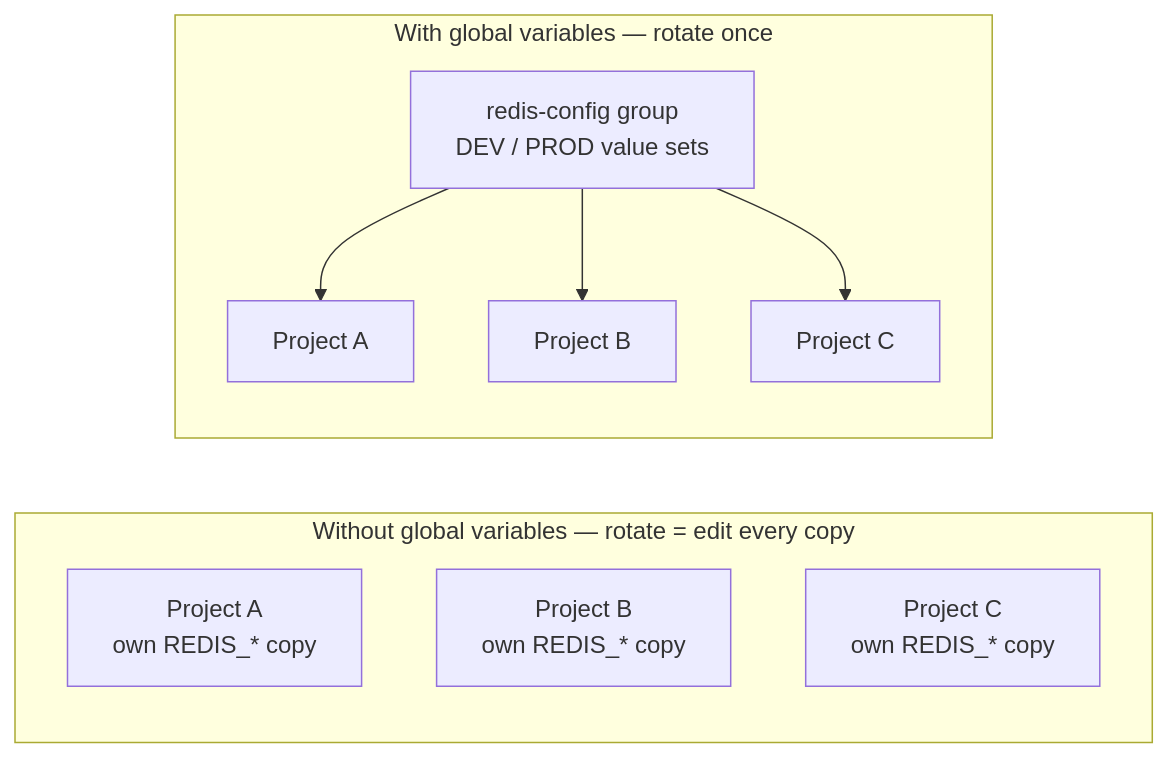
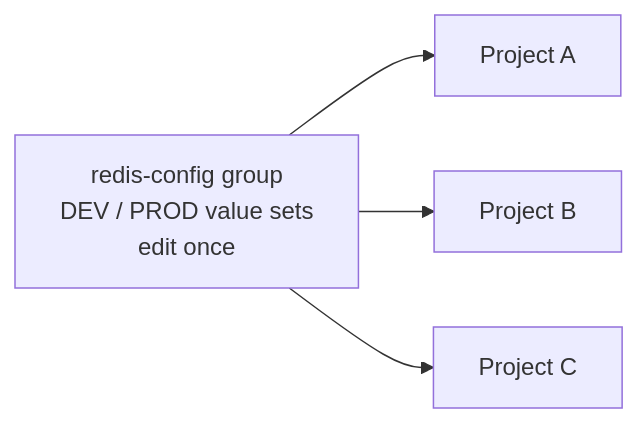
Before and after one commit to quixio/quix-docs: the first of 4 diagrams in docs/quix-cloud/deployments/global-variables.md, drawn with Mermaid. The commit also changed other lines of this file and 1 other file, not shown here.

Commit message:
SC-73368: Demonstrate secret: flag, fix app.yaml field + diagram
Review pass:
- Show secret: true on the ProjectVariable bindings (Pattern 2, the secret
  recipes, and the full example) so the secret flag is demonstrated.
- Correct the app.yaml binding field: the application descriptor uses
  defaultValue for the project-variable key, not variableKey (quix.yaml
  keeps variableKey). Explain the difference.
- Document the optional secret: hint and its Secret-mismatch validation.
- Replace the subgraph before/after diagram (rendered with unreadable
  low-contrast text in dark mode) with a plain flowchart.
- Fix "Three error kinds" -> the table now lists four.

````diff
--- a/docs/quix-cloud/deployments/global-variables.md
+++ b/docs/quix-cloud/deployments/global-variables.md
@@ -25,16 +27,7 @@
 ```mermaid
 flowchart LR
-    subgraph Before["Without global variables — rotate = edit every copy"]
-        direction TB
-        P1["Project A<br/>own REDIS_* copy"]
-        P2["Project B<br/>own REDIS_* copy"]
-        P3["Project C<br/>own REDIS_* copy"]
-    end
-    subgraph After["With global variables — rotate once"]
-        direction TB
-        G["redis-config group<br/>DEV / PROD value sets"]
-        G --> PA["Project A"]
-        G --> PB["Project B"]
-        G --> PC["Project C"]
-    end
+    G["redis-config group<br/>DEV / PROD value sets<br/>edit once"]
+    G --> A["Project A"]
+    G --> B["Project B"]
+    G --> C["Project C"]
 ```
````
